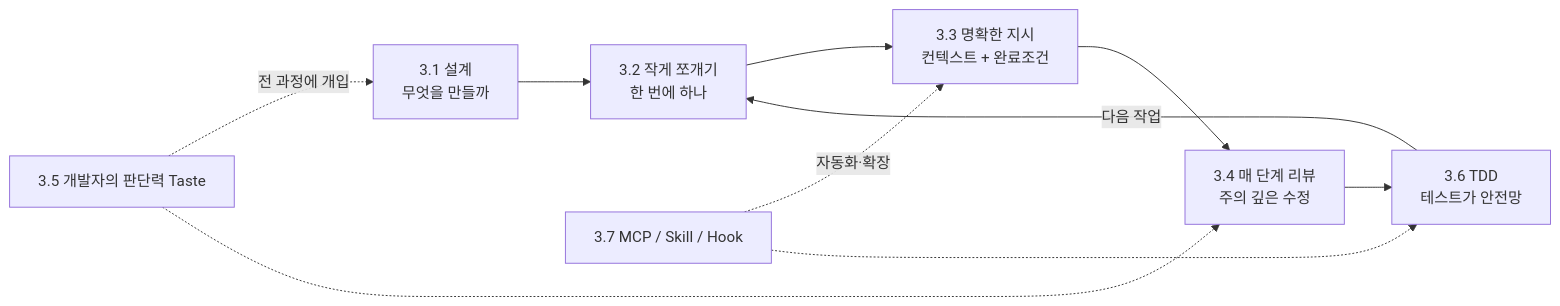
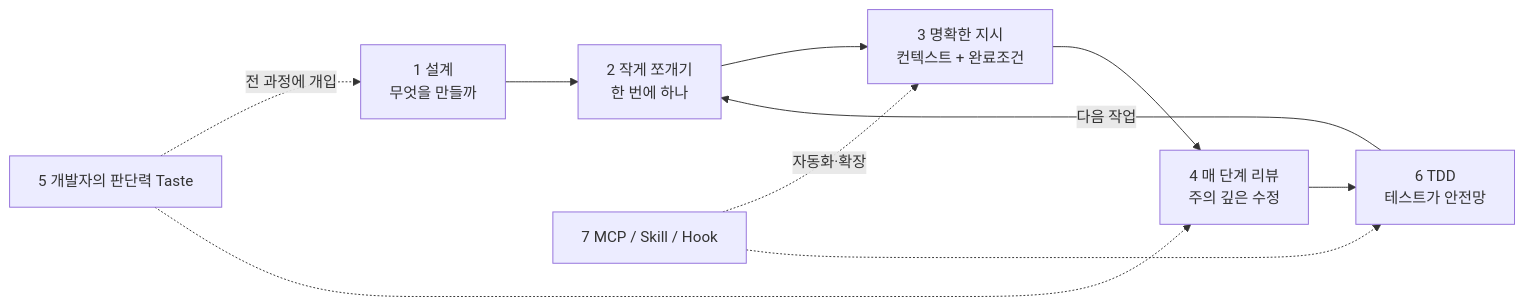
One commit to simpleego/AX_Service_Builder changed the first of 20 diagrams in 01-ax-product-planning/1. 기획_설계/chapter3_ai_dev_methodology.md. Above: the diagram before and after it, drawn with Mermaid. The commit also changed other lines of this file, not shown here.

````diff
--- a/01-ax-product-planning/1. 기획_설계/chapter3_ai_dev_methodology.md
+++ b/01-ax-product-planning/1. 기획_설계/chapter3_ai_dev_methodology.md
@@ -6,12 +6,12 @@
 ```mermaid
 flowchart LR
-    A["3.1 설계<br/>무엇을 만들까"] --> B["3.2 작게 쪼개기<br/>한 번에 하나"]
-    B --> C["3.3 명확한 지시<br/>컨텍스트 + 완료조건"]
-    C --> D["3.4 매 단계 리뷰<br/>주의 깊은 수정"]
-    D --> E["3.6 TDD<br/>테스트가 안전망"]
+    A["1 설계<br/>무엇을 만들까"] --> B["2 작게 쪼개기<br/>한 번에 하나"]
+    B --> C["3 명확한 지시<br/>컨텍스트 + 완료조건"]
+    C --> D["4 매 단계 리뷰<br/>주의 깊은 수정"]
+    D --> E["6 TDD<br/>테스트가 안전망"]
     E -->|다음 작업| B
-    F["3.5 개발자의 판단력 Taste"] -.전 과정에 개입.-> A
+    F["5 개발자의 판단력 Taste"] -.전 과정에 개입.-> A
     F -.-> D
-    G["3.7 MCP / Skill / Hook"] -.자동화·확장.-> C
+    G["7 MCP / Skill / Hook"] -.자동화·확장.-> C
     G -.-> E
 ```
````
